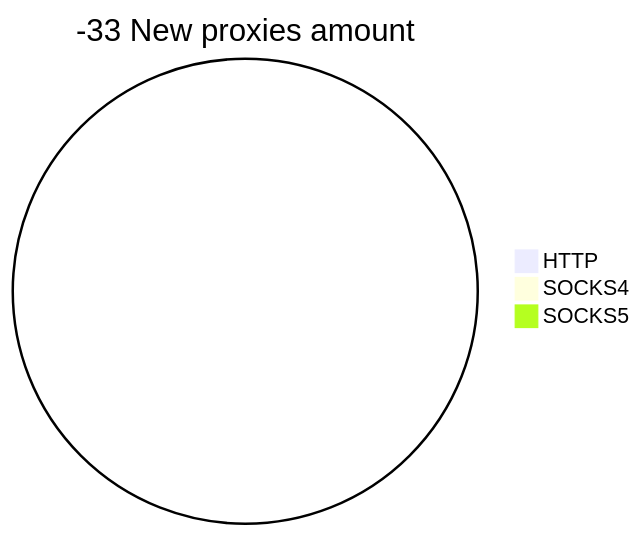
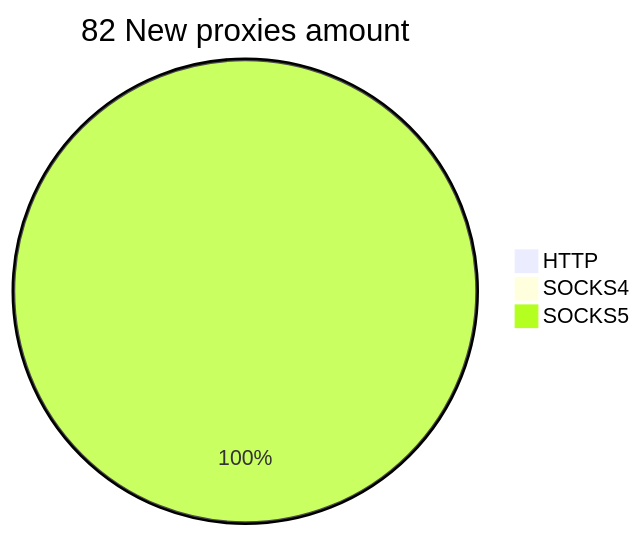
Before and after one commit to cutipu/proxylist: the second of 2 diagrams in README.md, drawn with Mermaid. The commit also changed other lines of this file, not shown here.

````diff
--- a/README.md
+++ b/README.md
@@ -10,6 +10,6 @@
 ```mermaid
-pie title -33 New proxies amount
+pie title 82 New proxies amount
     "HTTP" : 0
     "SOCKS4" : 0
-    "SOCKS5" : 0
+    "SOCKS5" : 82
 ```
````
